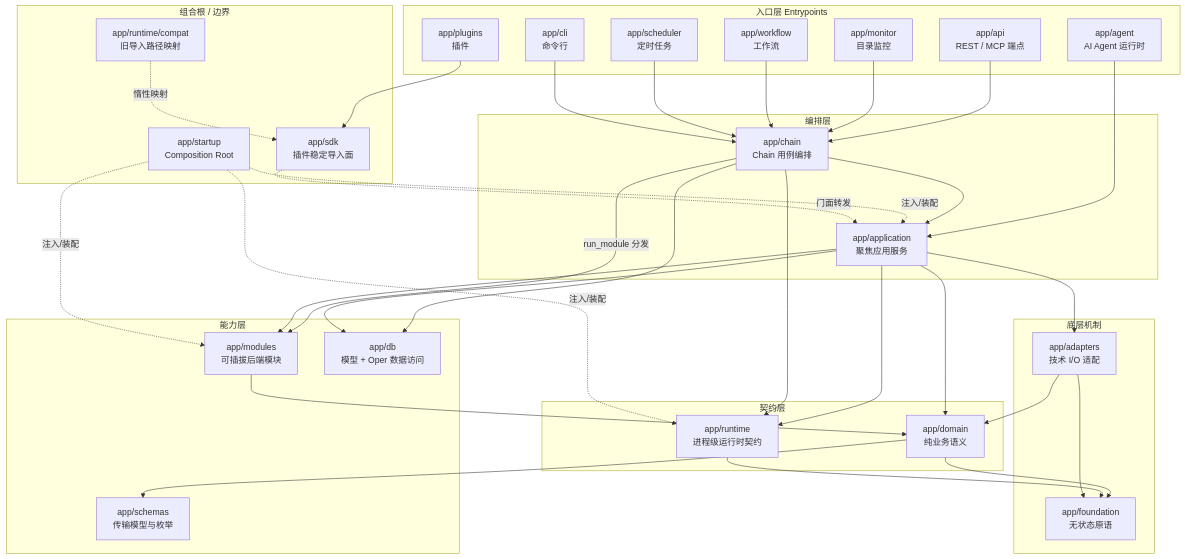
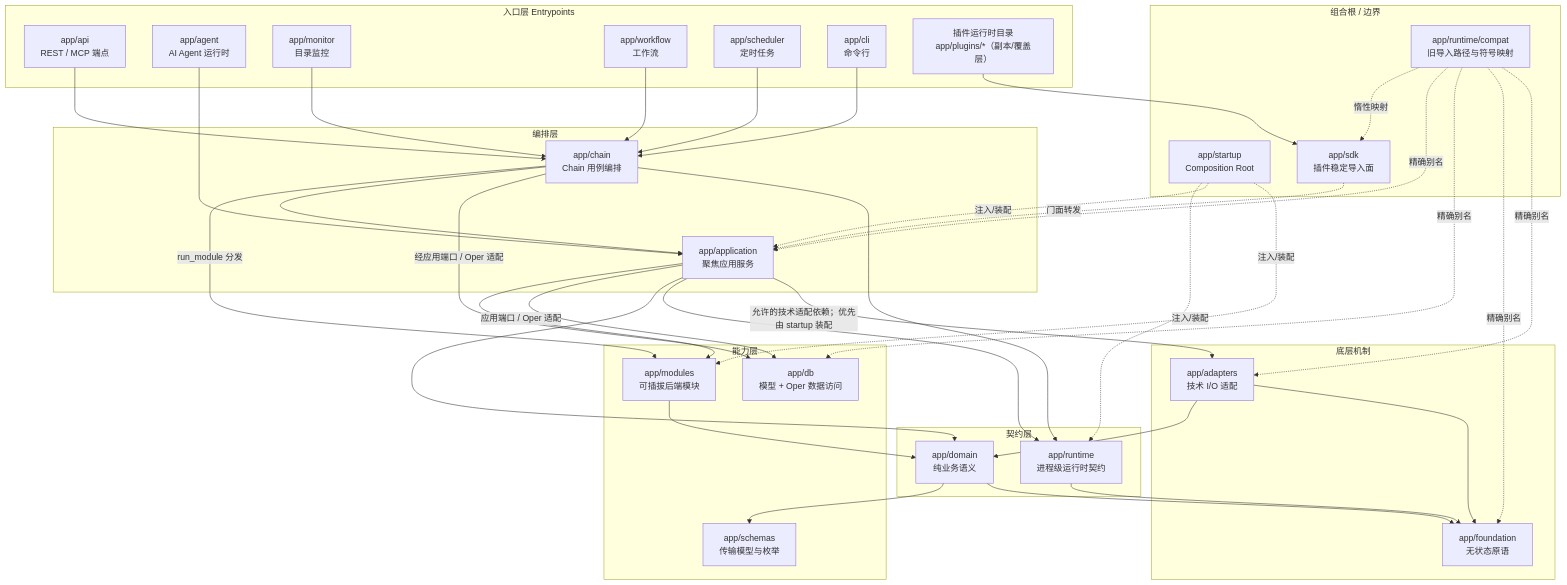
The second of 14 diagrams in docs/architecture-overview.md (jxxghp/MoviePilot), drawn with Mermaid before and after one commit. The commit also changed other lines of this file and 28 other files, not shown here.

````diff
--- a/docs/architecture-overview.md
+++ b/docs/architecture-overview.md
@@ -63,70 +65,74 @@
 ```mermaid
 flowchart TB
     subgraph 入口层["入口层 Entrypoints"]
         ApiPkg["app/api<br/>REST / MCP 端点"]
         AgentPkg["app/agent<br/>AI Agent 运行时"]
         Monitor["app/monitor<br/>目录监控"]
         Workflow["app/workflow<br/>工作流"]
         Scheduler["app/scheduler<br/>定时任务"]
         CLI["app/cli<br/>命令行"]
-        PluginPkg["app/plugins<br/>插件"]
+        PluginPkg["插件运行时目录<br/>app/plugins/*（副本/覆盖层）"]
     end
 
     subgraph 编排层["编排层"]
         Chain["app/chain<br/>Chain 用例编排"]
         App["app/application<br/>聚焦应用服务"]
     end
 
     subgraph 能力层["能力层"]
         Modules["app/modules<br/>可插拔后端模块"]
         Db["app/db<br/>模型 + Oper 数据访问"]
         Schemas["app/schemas<br/>传输模型与枚举"]
     end
 
     subgraph 契约层["契约层"]
         Domain["app/domain<br/>纯业务语义"]
         Runtime["app/runtime<br/>进程级运行时契约"]
     end
 
     subgraph 底层["底层机制"]
         Foundation["app/foundation<br/>无状态原语"]
         Adapters["app/adapters<br/>技术 I/O 适配"]
     end
 
     subgraph 组合根["组合根 / 边界"]
         Startup["app/startup<br/>Composition Root"]
         Sdk["app/sdk<br/>插件稳定导入面"]
-        Compat["app/runtime/compat<br/>旧导入路径映射"]
+        Compat["app/runtime/compat<br/>旧导入路径与符号映射"]
     end
 
     ApiPkg --> Chain
     AgentPkg --> App
     Monitor --> Chain
     Workflow --> Chain
     Scheduler --> Chain
     CLI --> Chain
     PluginPkg --> Sdk
 
     Chain -->|run_module 分发| Modules
     Chain --> App
-    Chain --> Db
+    Chain -->|经应用端口 / Oper 适配| Db
     App --> Modules
-    App --> Db
+    App -->|应用端口 / Oper 适配| Db
 
     Modules --> Domain
     App --> Domain
     App --> Runtime
     Chain --> Runtime
     Domain --> Schemas
     Domain --> Foundation
     Runtime --> Foundation
     Adapters --> Domain
     Adapters --> Foundation
-    App --> Adapters
+    App -->|允许的技术适配依赖；优先由 startup 装配| Adapters
 
     Startup -.注入/装配.-> Runtime
     Startup -.注入/装配.-> App
     Startup -.注入/装配.-> Modules
     Sdk -.门面转发.-> App
     Compat -.惰性映射.-> Sdk
+    Compat -.精确别名.-> App
+    Compat -.精确别名.-> Db
+    Compat -.精确别名.-> Foundation
+    Compat -.精确别名.-> Adapters
 ```
````
